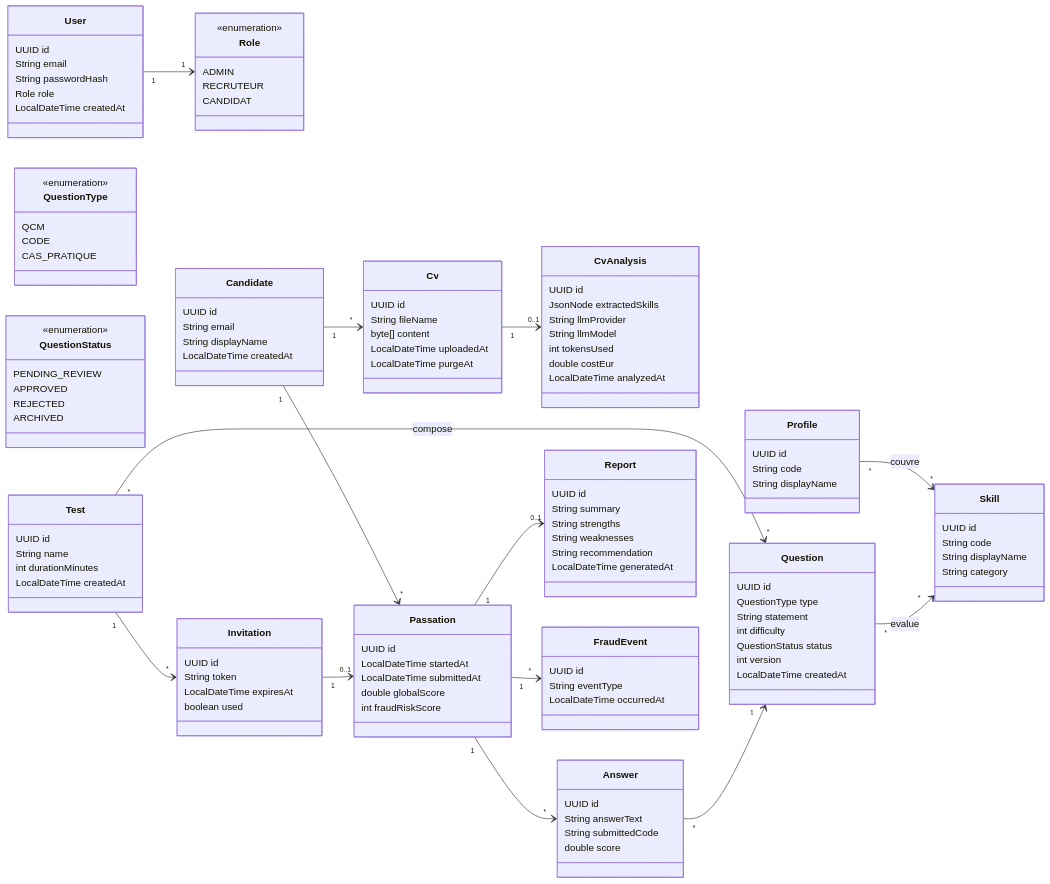
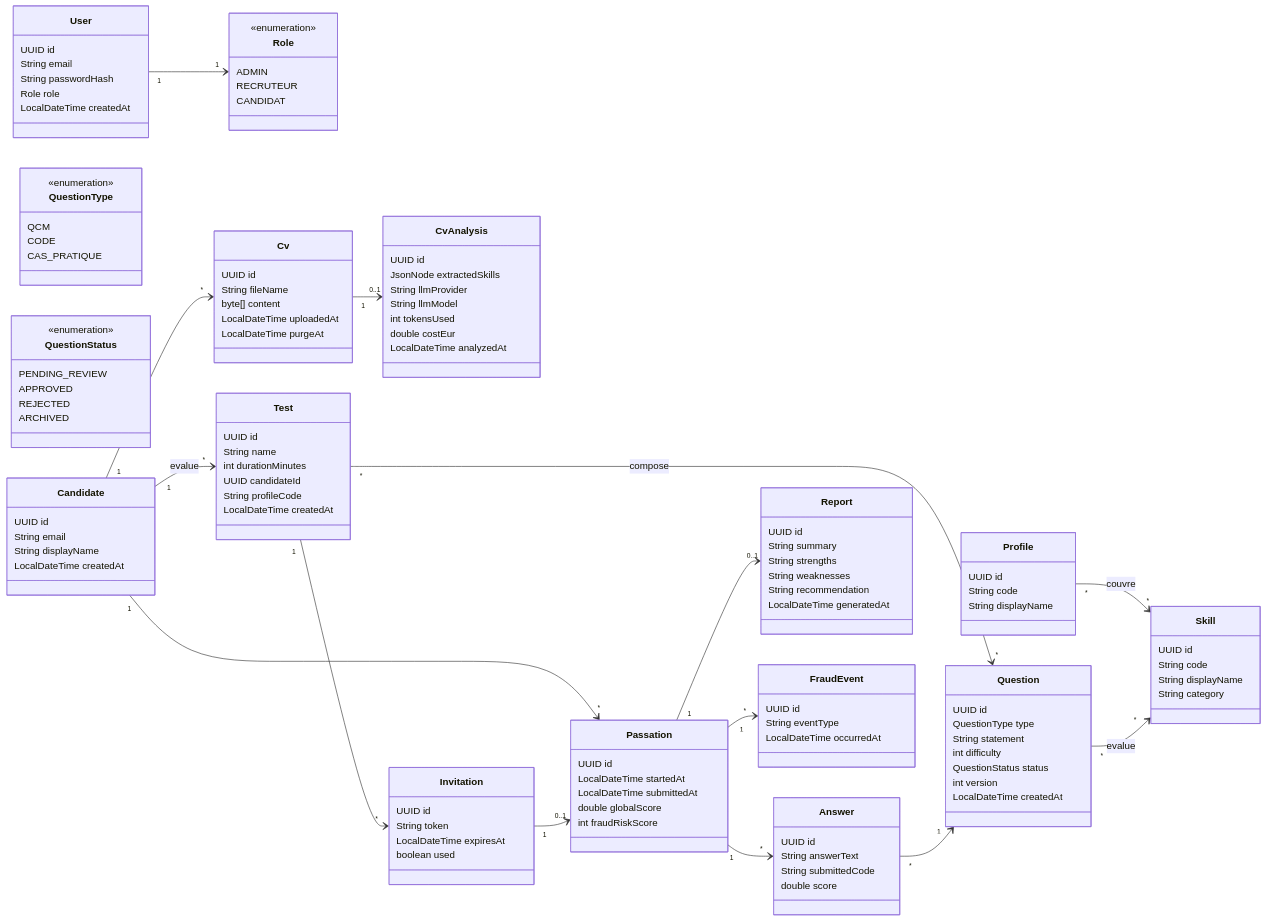
One commit to ainanyfitiagershom/skillforge-platform changed the third of 7 diagrams in docs/02-conception/conception.md. Above: the diagram before and after it, drawn with Mermaid. The commit also changed other lines of this file and 23 other files, not shown here.

```diff
--- a/docs/02-conception/conception.md
+++ b/docs/02-conception/conception.md
@@ -184,6 +184,8 @@
     UUID id
     String name
     int durationMinutes
+    UUID candidateId
+    String profileCode
     LocalDateTime createdAt
   }
 
@@ -230,6 +232,7 @@
   Candidate "1" --> "*" Cv
   Cv "1" --> "0..1" CvAnalysis
   Candidate "1" --> "*" Passation
+  Candidate "1" --> "*" Test : evalue
   Test "*" --> "*" Question : compose
   Test "1" --> "*" Invitation
   Invitation "1" --> "0..1" Passation
```
